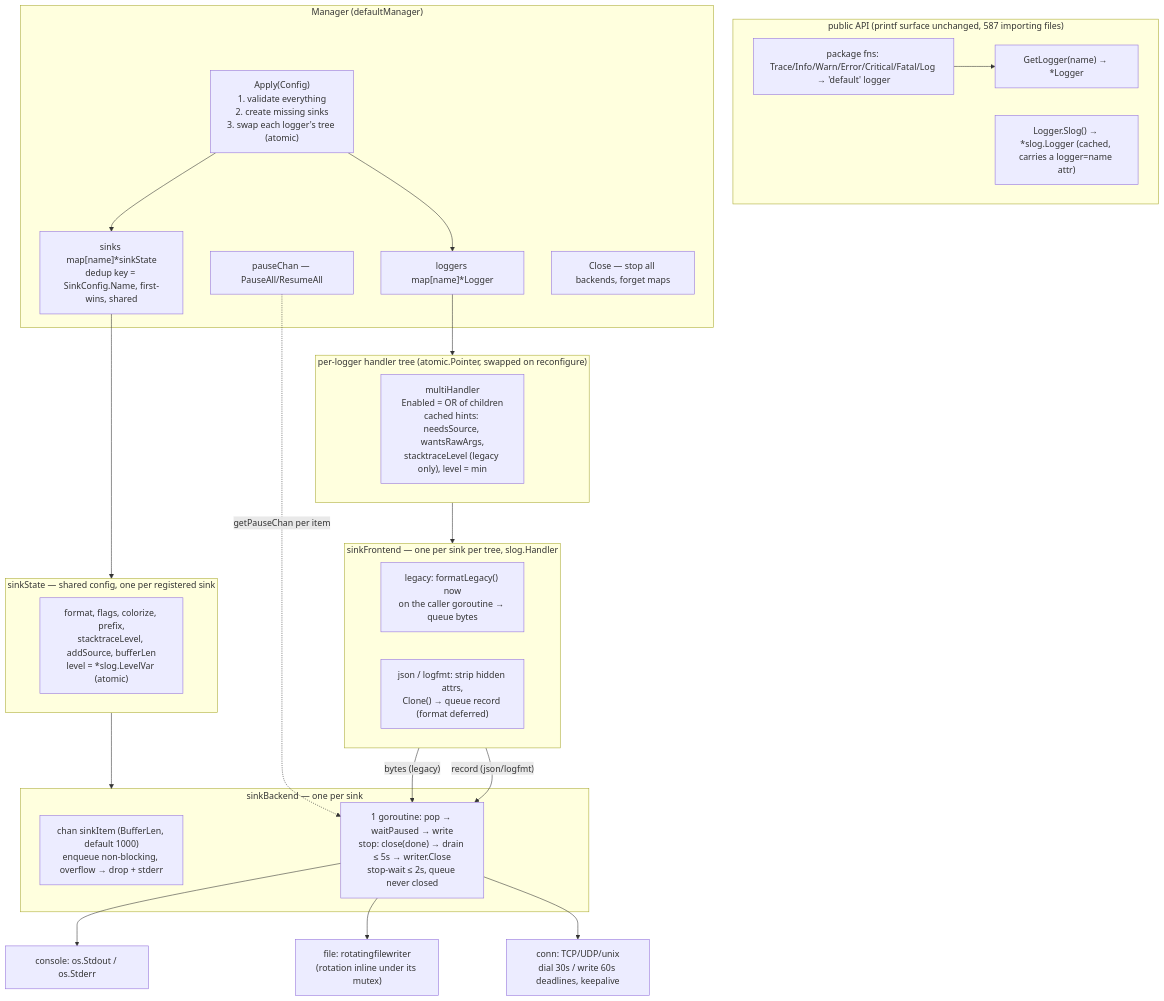
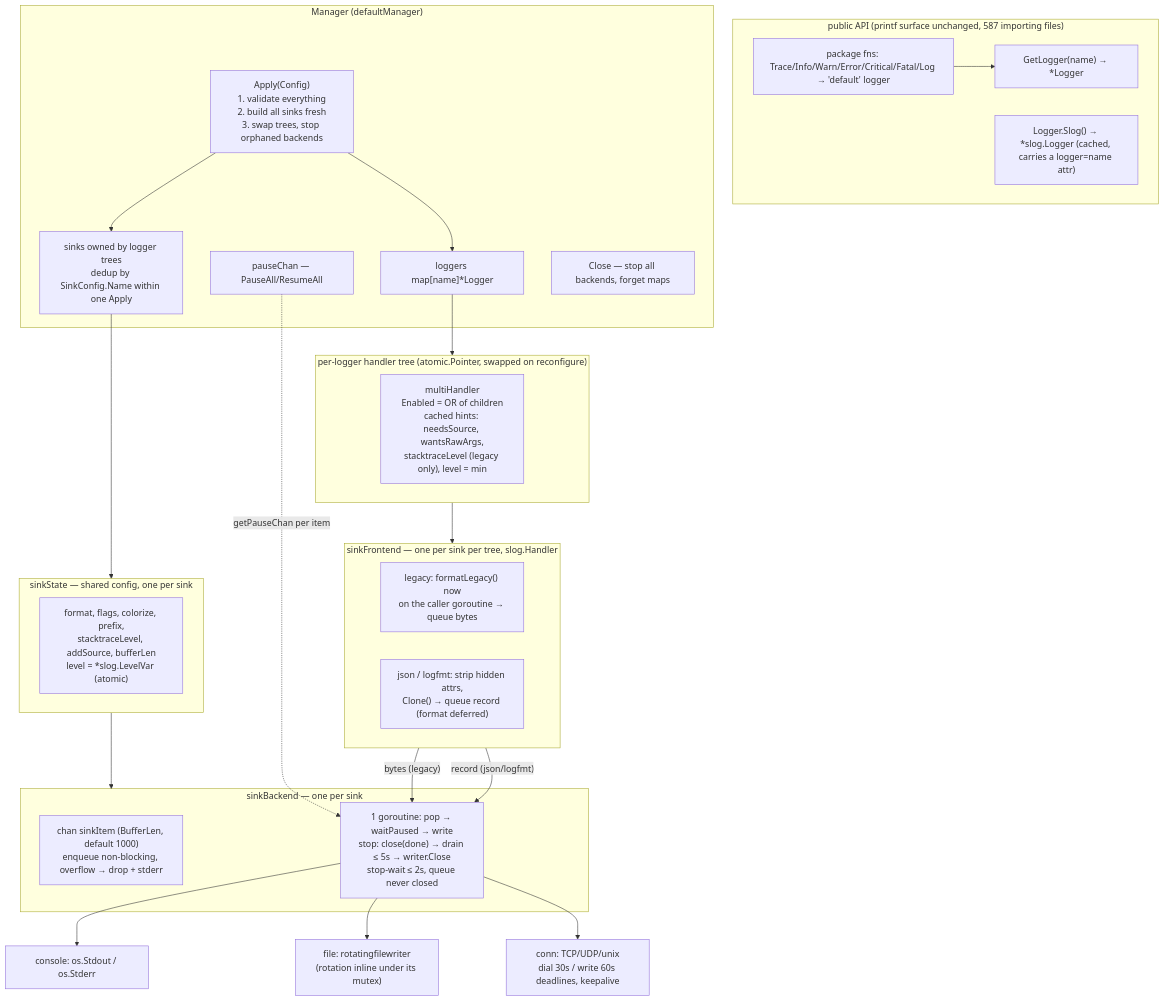
One commit to TheFox0x7/gitea changed the first of 3 diagrams in slog_new_design.md. Above: the diagram before and after it, drawn with Mermaid. The commit also changed other lines of this file and 10 other files, not shown here.

````diff
--- a/slog_new_design.md
+++ b/slog_new_design.md
@@ -11,52 +11,52 @@
 ```mermaid
 flowchart TB
     subgraph api["public API (printf surface unchanged, 587 importing files)"]
         PKG["package fns: Trace/Info/Warn/Error/Critical/Fatal/Log → 'default' logger"]
         GETL["GetLogger(name) → *Logger"]
         SL["Logger.Slog() → *slog.Logger (cached, carries a logger=name attr)"]
     end
 
     subgraph mgr["Manager (defaultManager)"]
         REG["loggers map[name]*Logger"]
-        SINKREG["sinks map[name]*sinkState<br/>dedup key = SinkConfig.Name, first-wins, shared"]
+        SINKREG["sinks owned by logger trees<br/>dedup by SinkConfig.Name within one Apply"]
         PAUSE["pauseChan — PauseAll/ResumeAll"]
-        APPLY["Apply(Config)<br/>1. validate everything<br/>2. create missing sinks<br/>3. swap each logger's tree (atomic)"]
+        APPLY["Apply(Config)<br/>1. validate everything<br/>2. build all sinks fresh<br/>3. swap trees, stop orphaned backends"]
         CLOSE["Close — stop all backends, forget maps"]
     end
 
     subgraph tree["per-logger handler tree (atomic.Pointer, swapped on reconfigure)"]
         MH["multiHandler<br/>Enabled = OR of children<br/>cached hints: needsSource, wantsRawArgs,<br/>stacktraceLevel (legacy only), level = min"]
     end
 
     subgraph fe["sinkFrontend — one per sink per tree, slog.Handler"]
         F1["legacy: formatLegacy() now<br/>on the caller goroutine → queue bytes"]
         F2["json / logfmt: strip hidden attrs,<br/>Clone() → queue record (format deferred)"]
     end
 
-    subgraph st["sinkState — shared config, one per registered sink"]
+    subgraph st["sinkState — shared config, one per sink"]
         STATE["format, flags, colorize, prefix,<br/>stacktraceLevel, addSource, bufferLen<br/>level = *slog.LevelVar (atomic)"]
     end
 
     subgraph be["sinkBackend — one per sink"]
         Q["chan sinkItem (BufferLen, default 1000)<br/>enqueue non-blocking, overflow → drop + stderr"]
         G["1 goroutine: pop → waitPaused → write<br/>stop: close(done) → drain ≤ 5s → writer.Close<br/>stop-wait ≤ 2s, queue never closed"]
     end
 
     W1["console: os.Stdout / os.Stderr"]
     W2["file: rotatingfilewriter<br/>(rotation inline under its mutex)"]
     W3["conn: TCP/UDP/unix<br/>dial 30s / write 60s deadlines, keepalive"]
 
     PKG --> GETL
     APPLY --> REG
     APPLY --> SINKREG
     REG --> tree
     SINKREG --> st
     tree --> fe
     st --> be
     fe -->|"bytes (legacy)"| G
     fe -->|"record (json/logfmt)"| G
     G --> W1
     G --> W2
     G --> W3
     PAUSE -.->|"getPauseChan per item"| G
 ```
````
